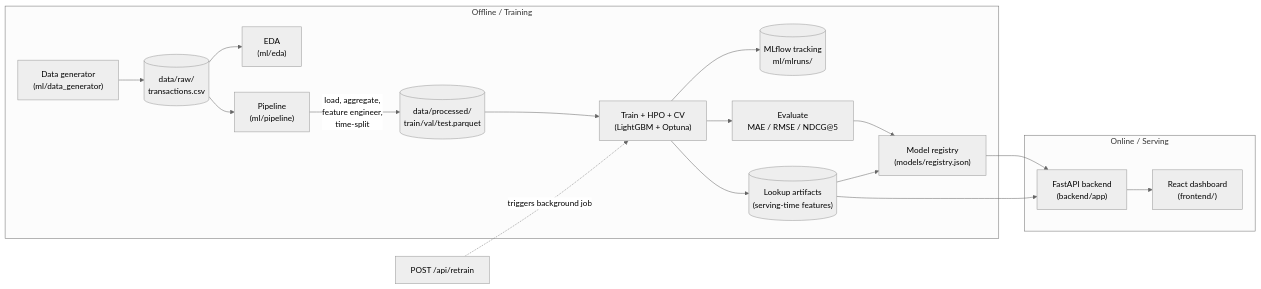
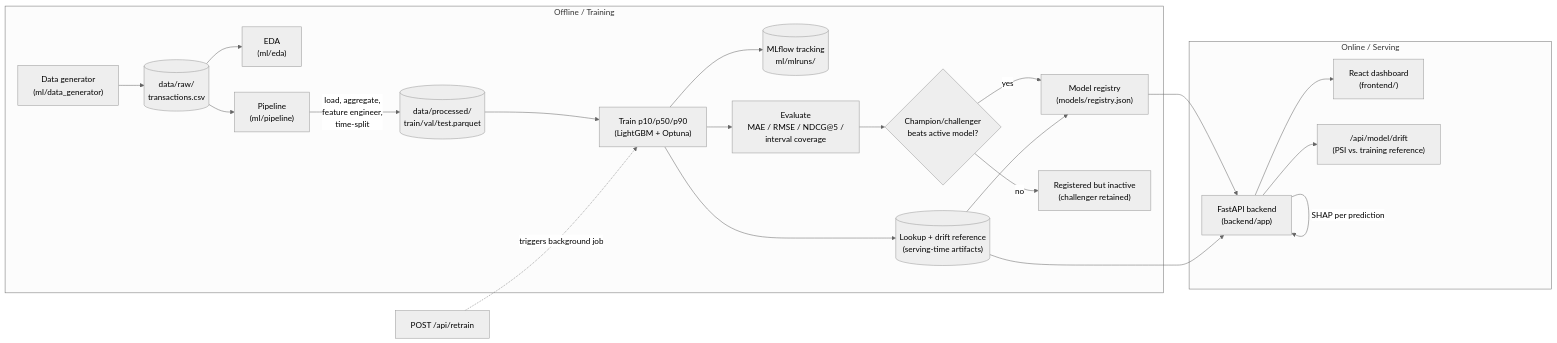
One commit to AmrutGit/forecast-lab changed the diagram in README.md. Above: the diagram before and after it, drawn with Mermaid (neutral theme). The commit also changed other lines of this file and 27 other files, not shown here.

First line of the commit message:
Add explainability, prediction intervals, champion/challenger promotion, and drift monitoring

````diff
--- a/README.md
+++ b/README.md
@@ -28,23 +28,27 @@
 ```mermaid
 flowchart LR
     subgraph Offline["Offline / Training"]
         GEN["Data generator\n(ml/data_generator)"] --> RAW[("data/raw/\ntransactions.csv")]
         RAW --> EDA["EDA\n(ml/eda)"]
         RAW --> PIPE["Pipeline\n(ml/pipeline)"]
         PIPE -->|"load, aggregate,\nfeature engineer,\ntime-split"| FEAT[("data/processed/\ntrain/val/test.parquet")]
-        FEAT --> TRAIN["Train + HPO + CV\n(LightGBM + Optuna)"]
+        FEAT --> TRAIN["Train p10/p50/p90\n(LightGBM + Optuna)"]
         TRAIN --> MLF[("MLflow tracking\nml/mlruns/")]
-        TRAIN --> EVAL["Evaluate\nMAE / RMSE / NDCG@5"]
-        EVAL --> REG["Model registry\n(models/registry.json)"]
-        TRAIN --> LOOKUP[("Lookup artifacts\n(serving-time features)")]
+        TRAIN --> EVAL["Evaluate\nMAE / RMSE / NDCG@5 /\ninterval coverage"]
+        EVAL --> CHAMP{"Champion/challenger\nbeats active model?"}
+        CHAMP -->|yes| REG["Model registry\n(models/registry.json)"]
+        CHAMP -->|no| REGISTERED["Registered but inactive\n(challenger retained)"]
+        TRAIN --> LOOKUP[("Lookup + drift reference\n(serving-time artifacts)")]
         LOOKUP --> REG
     end
 
     subgraph Online["Online / Serving"]
         REG --> API["FastAPI backend\n(backend/app)"]
         LOOKUP --> API
+        API -->|"SHAP per prediction"| API
         API --> UI["React dashboard\n(frontend/)"]
+        API --> DRIFT["/api/model/drift\n(PSI vs. training reference)"]
     end
 
     RETRAIN["POST /api/retrain"] -.->|triggers background job| TRAIN
 ```
````
